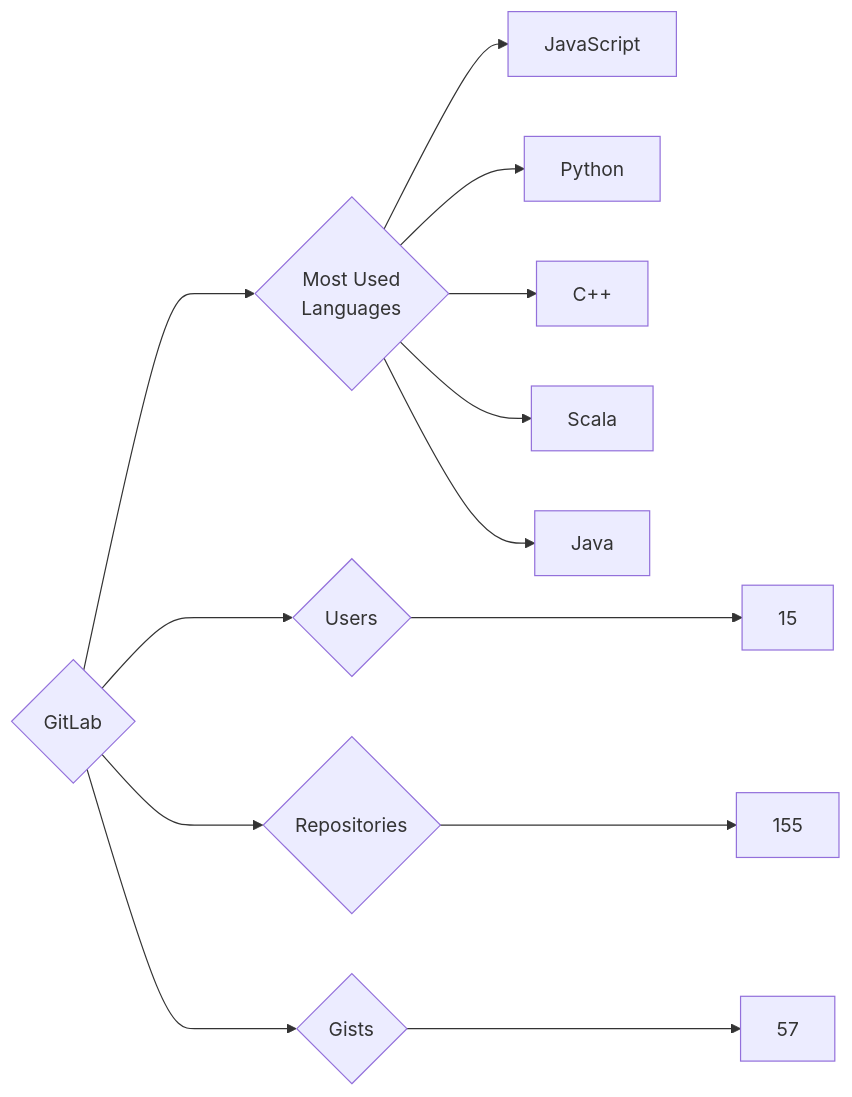
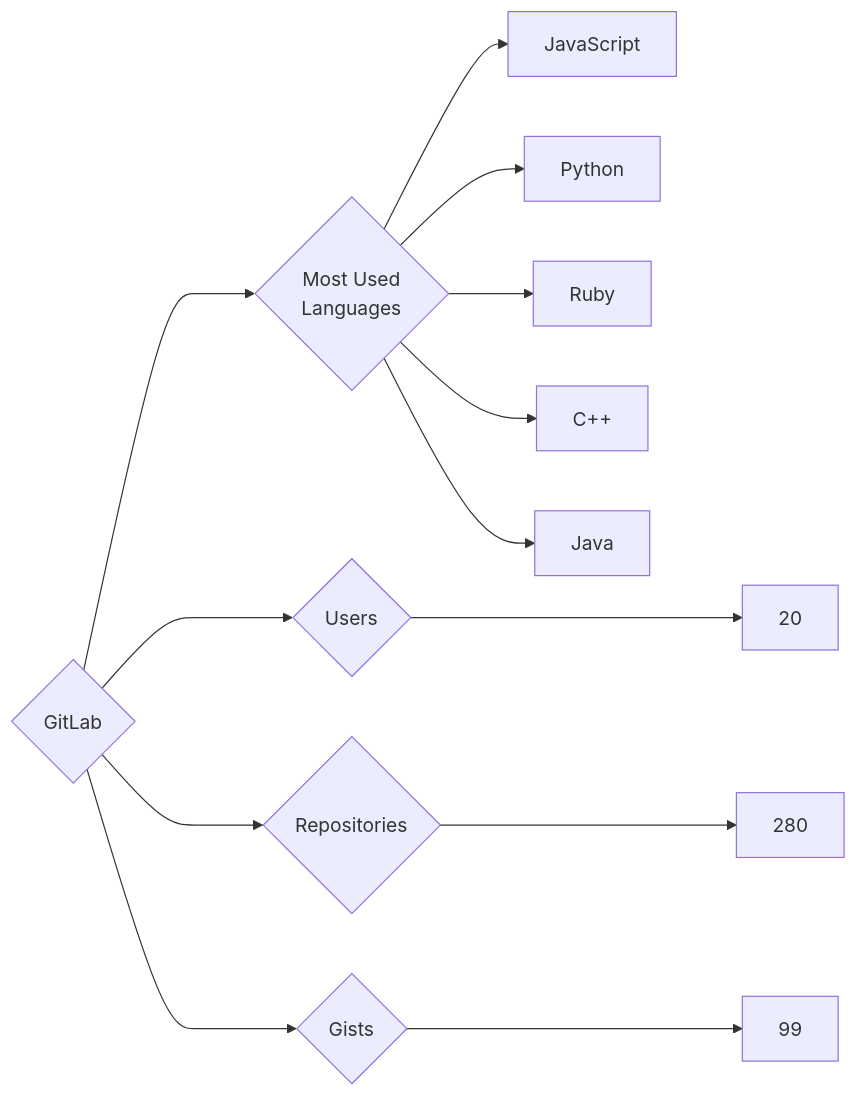
The diagram in targets/GitLab/README.md (trickest/insiders), drawn with Mermaid before and after one commit. The commit also changed 814 other files, not shown here.

````diff
--- a/targets/GitLab/README.md
+++ b/targets/GitLab/README.md
@@ -3,13 +3,13 @@
 ```mermaid
 graph LR
 COMPANY_NAME{GitLab}
-COMPANY_NAME ---> U{Users} ---> UN[15]
-COMPANY_NAME ---> R{Repositories} ---> RN[155]
-COMPANY_NAME ---> G{Gists} ---> GN[57]
+COMPANY_NAME ---> U{Users} ---> UN[20]
+COMPANY_NAME ---> R{Repositories} ---> RN[280]
+COMPANY_NAME ---> G{Gists} ---> GN[99]
 COMPANY_NAME ---> ML{Most Used<br>Languages}
 ML --> JavaScript[JavaScript]
 ML --> Python[Python]
+ML --> Ruby[Ruby]
 ML --> C++[C++]
-ML --> Scala[Scala]
 ML --> Java[Java]
 ```
````
